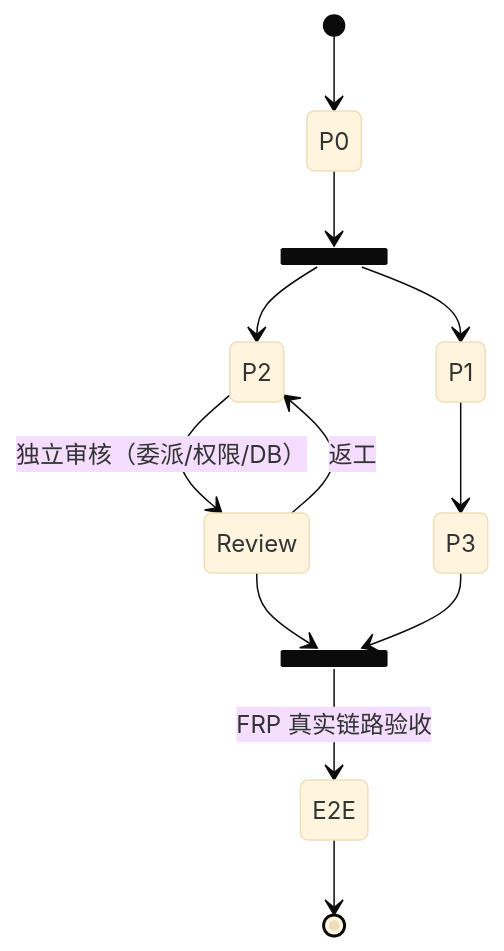
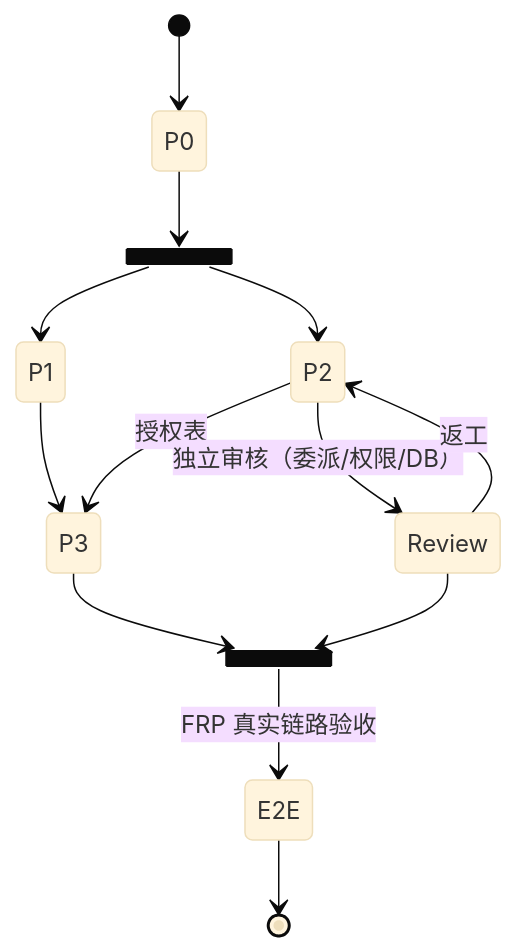
The seventh of 7 diagrams in docs/superpowers/specs/2026-11-11-remote-mention-详细设计说明书.md (EvanZheng11/beecode), drawn with Mermaid (base theme) before and after one commit. The commit also changed other lines of this file, not shown here.

````diff
--- a/docs/superpowers/specs/2026-11-11-remote-mention-详细设计说明书.md
+++ b/docs/superpowers/specs/2026-11-11-remote-mention-详细设计说明书.md
@@ -994,16 +1155,17 @@
 ```mermaid
 stateDiagram-v2
   [*] --> P0
   state Fork <<fork>>
   P0 --> Fork
   Fork --> P1
   Fork --> P2
   P1 --> P3
+  P2 --> P3: 授权表
   P2 --> Review: 独立审核（委派/权限/DB）
   Review --> P2: 返工
   state Join <<join>>
   Review --> Join
   P3 --> Join
   Join --> E2E: FRP 真实链路验收
   E2E --> [*]
 ```
````
